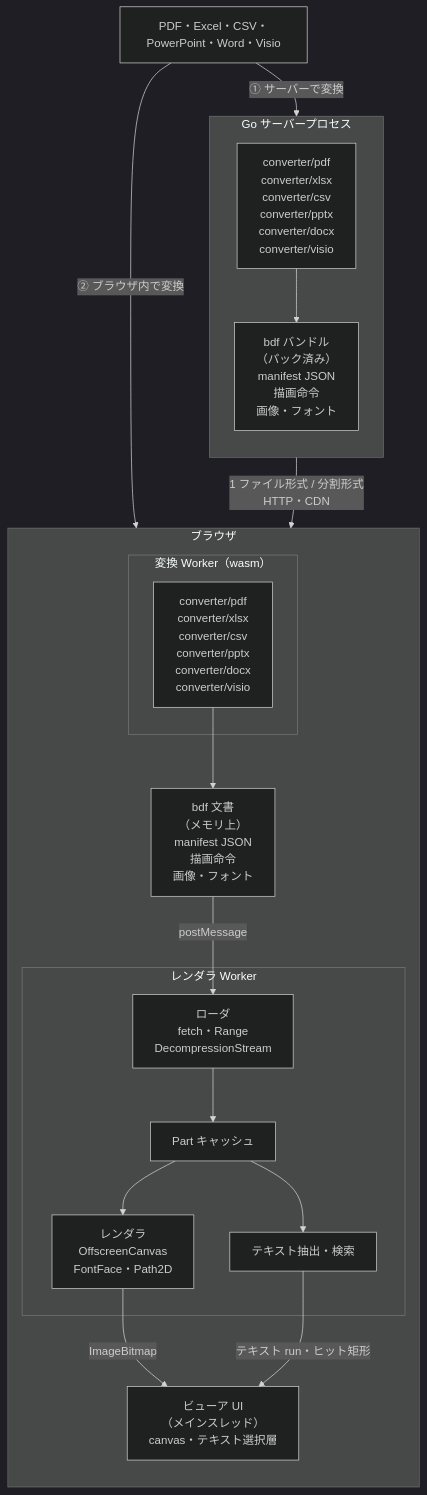
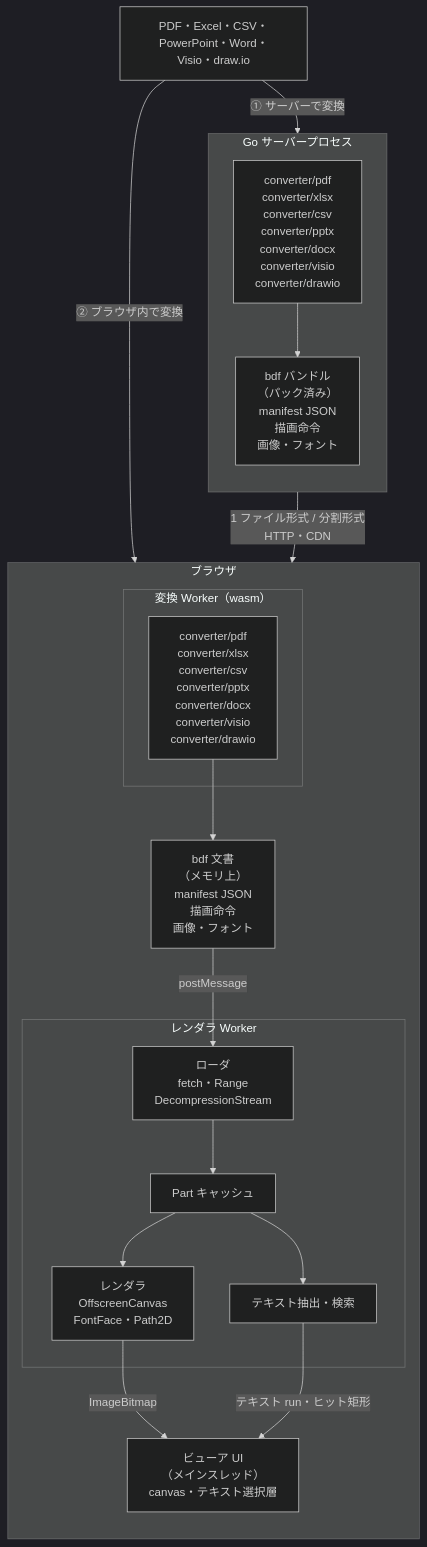
Before and after one commit to shibukawa/bdf: the diagram in README.ja.md, drawn with Mermaid (dark theme). The commit also changed other lines of this file and 242 other files, not shown here.

First line of the commit message:
draw.io converter, with pages switched like sheets in the viewer (#16)

````diff
--- a/README.ja.md
+++ b/README.ja.md
@@ -13,37 +13,37 @@
 ```mermaid
 flowchart TB
-    SRC["PDF・Excel・CSV・PowerPoint・Word・Visio"]
+    SRC["PDF・Excel・CSV・PowerPoint・Word・Visio・draw.io"]
 
     subgraph SERVER["Go サーバープロセス"]
         direction TB
-        SCONV["converter/pdf<br/>converter/xlsx<br/>converter/csv<br/>converter/pptx<br/>converter/docx<br/>converter/visio"]
+        SCONV["converter/pdf<br/>converter/xlsx<br/>converter/csv<br/>converter/pptx<br/>converter/docx<br/>converter/visio<br/>converter/drawio"]
         BUNDLE["bdf バンドル<br/>（パック済み）<br/>manifest JSON<br/>描画命令<br/>画像・フォント"]
         SCONV --> BUNDLE
     end
 
     subgraph BROWSER["ブラウザ"]
         direction TB
         subgraph CWORKER["変換 Worker（wasm）"]
-            WCONV["converter/pdf<br/>converter/xlsx<br/>converter/csv<br/>converter/pptx<br/>converter/docx<br/>converter/visio"]
+            WCONV["converter/pdf<br/>converter/xlsx<br/>converter/csv<br/>converter/pptx<br/>converter/docx<br/>converter/visio<br/>converter/drawio"]
         end
         PARTS["bdf 文書<br/>（メモリ上）<br/>manifest JSON<br/>描画命令<br/>画像・フォント"]
         subgraph RWORKER["レンダラ Worker"]
             LOADER["ローダ<br/>fetch・Range<br/>DecompressionStream"]
             STORE["Part キャッシュ"]
             RENDER["レンダラ<br/>OffscreenCanvas<br/>FontFace・Path2D"]
             TEXT["テキスト抽出・検索"]
             LOADER --> STORE
             STORE --> RENDER
             STORE --> TEXT
         end
         UI["ビューア UI<br/>（メインスレッド）<br/>canvas・テキスト選択層"]
         WCONV --> PARTS
     end
 
     SRC -- "① サーバーで変換" --> SCONV
     SRC -- "② ブラウザ内で変換" --> WCONV
     BUNDLE -- "1 ファイル形式 / 分割形式<br/>HTTP・CDN" --> LOADER
     PARTS -- "postMessage" --> LOADER
     RENDER -- "ImageBitmap" --> UI
     TEXT -- "テキスト run・ヒット矩形" --> UI
 ```
````
